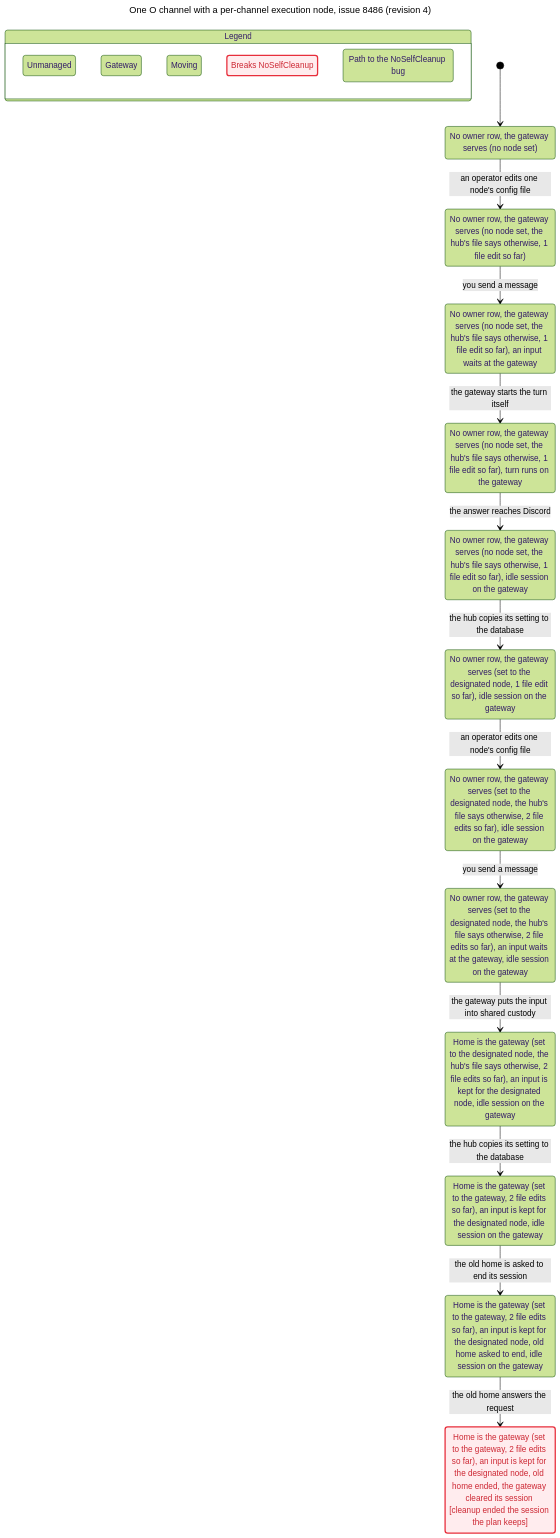
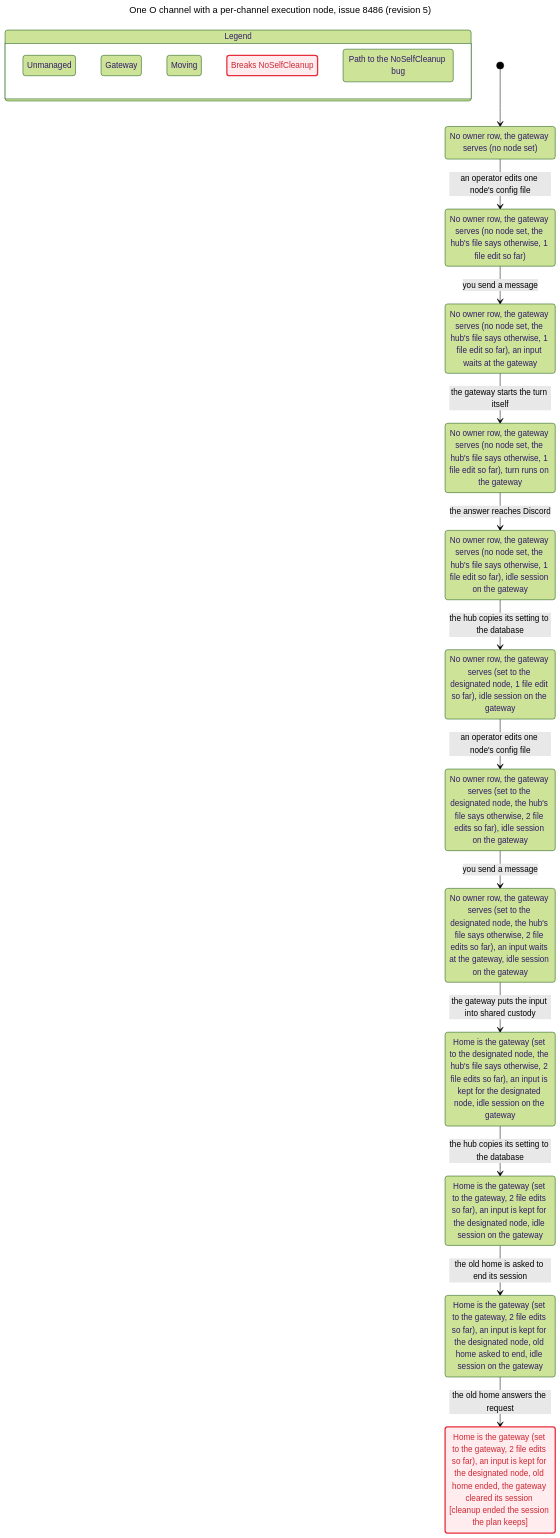
The diagram in docs/statecharts/gateway-lease/channel-home-nocancel.chart.mmd (itismyfield/AgentDesk), drawn with Mermaid (forest theme) before and after one commit. The commit also changed 64 other files, not shown here.

```diff
--- a/docs/statecharts/gateway-lease/channel-home-nocancel.chart.mmd
+++ b/docs/statecharts/gateway-lease/channel-home-nocancel.chart.mmd
@@ -1,66 +1,66 @@
 ---
-title: "One O channel with a per-channel execution node, issue 8486 (revision 4)"
+title: "One O channel with a per-channel execution node, issue 8486 (revision 5)"
 ---
 stateDiagram-v2
   state "Legend" as legend {
     lg0: Unmanaged
     lg1: Gateway
     lg2: Moving
     lg3: Breaks NoSelfCleanup
     lg4: Path to the NoSelfCleanup bug
   }
   class lg0 tan
   class lg1 blue
   class lg2 pink
   class lg3 breaks
   class lg4 bugPath
   s0: No owner row, the gateway serves (no node set)
   s1: No owner row, the gateway serves (no node set, the hub's file says otherwise, 1 file edit so far)
   s2: No owner row, the gateway serves (no node set, the hub's file says otherwise, 1 file edit so far), an input waits at the gateway
   s3: No owner row, the gateway serves (no node set, the hub's file says otherwise, 1 file edit so far), turn runs on the gateway
   s4: No owner row, the gateway serves (no node set, the hub's file says otherwise, 1 file edit so far), idle session on the gateway
   s5: No owner row, the gateway serves (set to the designated node, 1 file edit so far), idle session on the gateway
   s6: No owner row, the gateway serves (set to the designated node, the hub's file says otherwise, 2 file edits so far), idle session on the gateway
   s7: No owner row, the gateway serves (set to the designated node, the hub's file says otherwise, 2 file edits so far), an input waits at the gateway, idle session on the gateway
   s8: Home is the gateway (set to the designated node, the hub's file says otherwise, 2 file edits so far), an input is kept for the designated node, idle session on the gateway
   s9: Home is the gateway (set to the gateway, 2 file edits so far), an input is kept for the designated node, idle session on the gateway
   s10: Home is the gateway (set to the gateway, 2 file edits so far), an input is kept for the designated node, old home asked to end, idle session on the gateway
   s11: Home is the gateway (set to the gateway, 2 file edits so far), an input is kept for the designated node, old home ended, the gateway cleared its session [cleanup ended the session the plan keeps]
   [*] --> s0
   s0 --> s1: an operator edits one node's config file
   s1 --> s2: you send a message
   s2 --> s3: the gateway starts the turn itself
   s3 --> s4: the answer reaches Discord
   s4 --> s5: the hub copies its setting to the database
   s5 --> s6: an operator edits one node's config file
   s6 --> s7: you send a message
   s7 --> s8: the gateway puts the input into shared custody
   s8 --> s9: the hub copies its setting to the database
   s9 --> s10: the old home is asked to end its session
   s10 --> s11: the old home answers the request
   classDef breaks fill:#ffecee,stroke:#e72e3b,stroke-width:2.5px,color:#cd2834
   class s0 tan
   class s0 bugPath
   class s1 tan
   class s1 bugPath
   class s2 tan
   class s2 bugPath
   class s3 tan
   class s3 bugPath
   class s4 tan
   class s4 bugPath
   class s5 tan
   class s5 bugPath
   class s6 tan
   class s6 bugPath
   class s7 tan
   class s7 bugPath
   class s8 blue
   class s8 bugPath
   class s9 blue
   class s9 bugPath
   class s10 pink
   class s10 bugPath
   class s11 pink
   class s11 breaks
   class s11 bugPath
```
